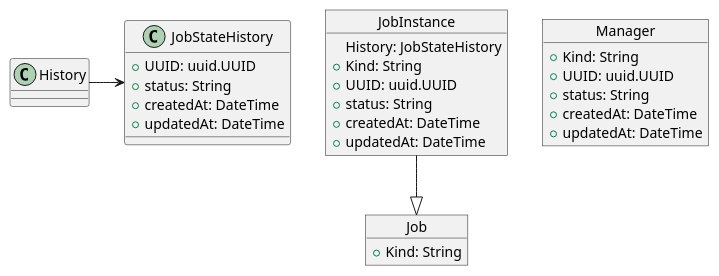
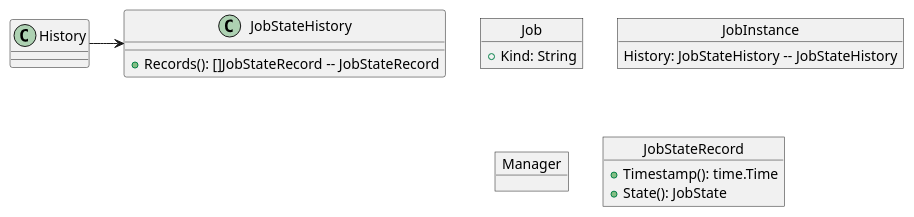
The diagram in doc/img/job_object.pu (cybergarage/go-job), drawn with PlantUML before and after one commit.

Commit message:
Update images

```diff
--- a/doc/img/job_object.pu
+++ b/doc/img/job_object.pu
@@ -1,35 +1,25 @@
 @startuml
 
 object Job{
   +Kind: String
 }
 
 object JobInstance {
-  History: JobStateHistory
-  +Kind: String
-  +UUID: uuid.UUID
-  +status: String
-  +createdAt: DateTime
-  +updatedAt: DateTime
+  History: JobStateHistory -- JobStateHistory
 }
 
 History -> JobStateHistory
 
-JobInstance --|> Job
-
 object Manager {
-  +Kind: String
-  +UUID: uuid.UUID
-  +status: String
-  +createdAt: DateTime
-  +updatedAt: DateTime
 }
 
 object JobStateHistory {
-  +UUID: uuid.UUID
-  +status: String
-  +createdAt: DateTime
-  +updatedAt: DateTime
+  +Records(): []JobStateRecord -- JobStateRecord
+}
+
+object JobStateRecord {
+  +Timestamp(): time.Time
+  +State(): JobState
 }
 
 @enduml
```
